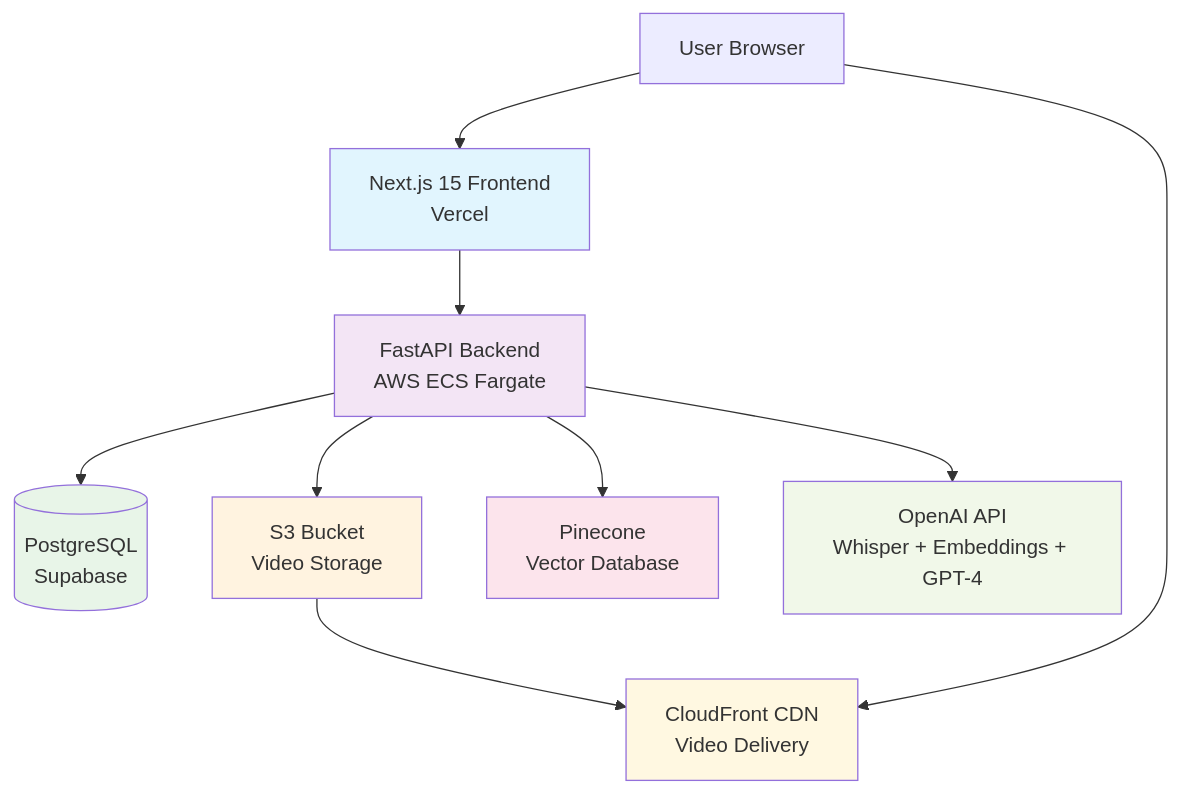
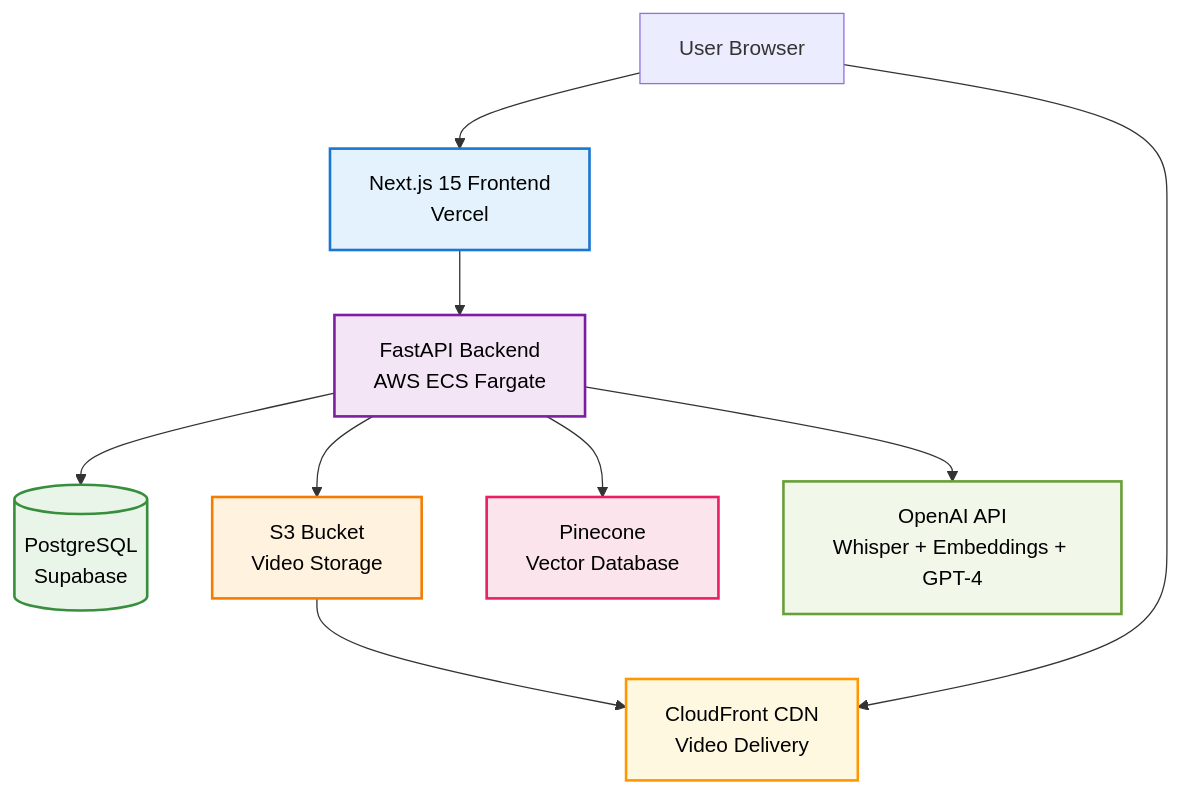
The first of 3 diagrams in README.md (vaibhavbhajanka/clipquery), drawn with Mermaid before and after one commit. The commit also changed other lines of this file, not shown here.

````diff
--- a/README.md
+++ b/README.md
@@ -56,22 +56,22 @@
 ```mermaid
 graph TB
     User[User Browser] --> Frontend[Next.js 15 Frontend<br/>Vercel]
     User --> CDN[CloudFront CDN<br/>Video Delivery]
 
     Frontend --> Backend[FastAPI Backend<br/>AWS ECS Fargate]
 
     Backend --> DB[(PostgreSQL<br/>Supabase)]
     Backend --> S3[S3 Bucket<br/>Video Storage]
     Backend --> Pinecone[Pinecone<br/>Vector Database]
     Backend --> OpenAI[OpenAI API<br/>Whisper + Embeddings + GPT-4]
 
     S3 --> CDN
 
-    style Frontend fill:#e1f5fe
-    style Backend fill:#f3e5f5
-    style DB fill:#e8f5e8
-    style S3 fill:#fff3e0
-    style Pinecone fill:#fce4ec
-    style OpenAI fill:#f1f8e9
-    style CDN fill:#fff8e1
+    style Frontend fill:#e3f2fd,stroke:#1976d2,stroke-width:2px,color:#000
+    style Backend fill:#f3e5f5,stroke:#7b1fa2,stroke-width:2px,color:#000
+    style DB fill:#e8f5e8,stroke:#388e3c,stroke-width:2px,color:#000
+    style S3 fill:#fff3e0,stroke:#f57c00,stroke-width:2px,color:#000
+    style Pinecone fill:#fce4ec,stroke:#e91e63,stroke-width:2px,color:#000
+    style OpenAI fill:#f1f8e9,stroke:#689f38,stroke-width:2px,color:#000
+    style CDN fill:#fff8e1,stroke:#ff9800,stroke-width:2px,color:#000
 ```
````
